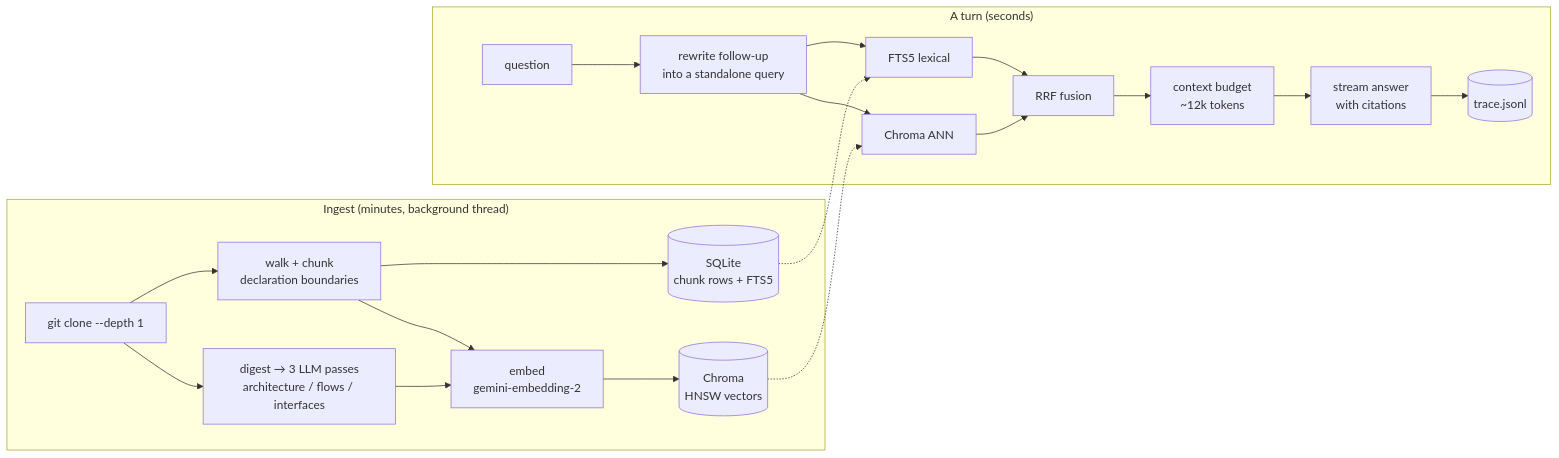
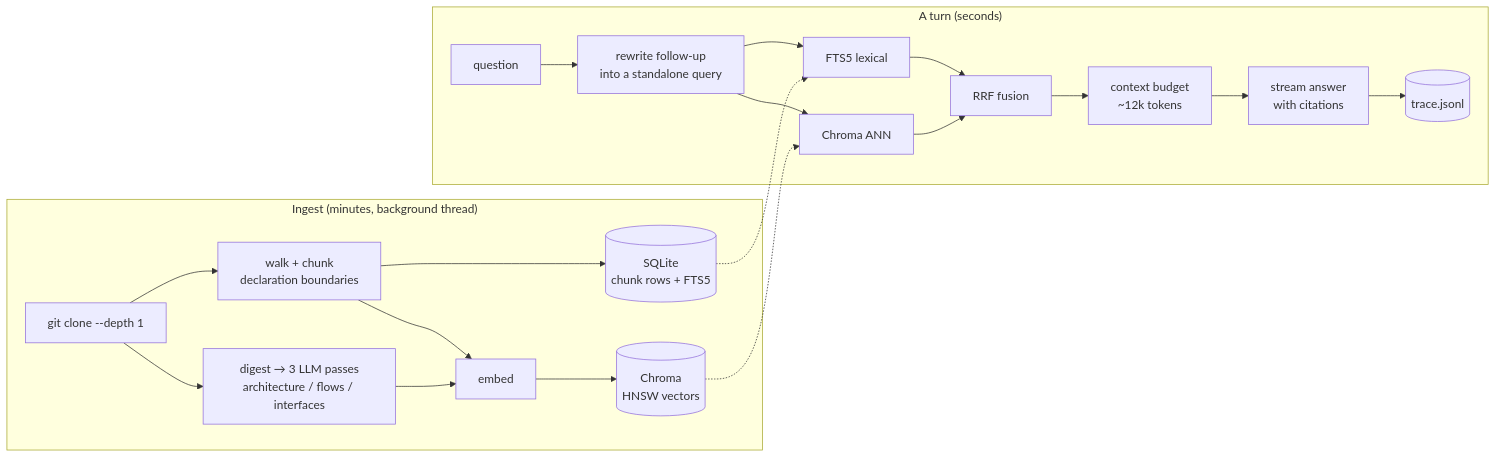
Before and after one commit to pronoy1004/repo-oracle: the diagram in README.md, drawn with Mermaid. The commit also changed other lines of this file, not shown here.

````diff
--- a/README.md
+++ b/README.md
@@ -65,25 +44,25 @@
 ```mermaid
 flowchart LR
     subgraph ingest["Ingest (minutes, background thread)"]
         A[git clone --depth 1] --> B[walk + chunk<br/>declaration boundaries]
-        B --> C[embed<br/>gemini-embedding-2]
+        B --> C[embed]
         A --> D[digest → 3 LLM passes<br/>architecture / flows / interfaces]
         D --> C
         C --> E[(Chroma<br/>HNSW vectors)]
         B --> S[(SQLite<br/>chunk rows + FTS5)]
     end
 
     subgraph turn["A turn (seconds)"]
         Q[question] --> R[rewrite follow-up<br/>into a standalone query]
         R --> L[FTS5 lexical]
         R --> V[Chroma ANN]
         L --> F[RRF fusion]
         V --> F
         F --> CTX[context budget<br/>~12k tokens]
         CTX --> G[stream answer<br/>with citations]
         G --> T[(trace.jsonl)]
     end
 
     S -.-> L
     E -.-> V
 ```
````
